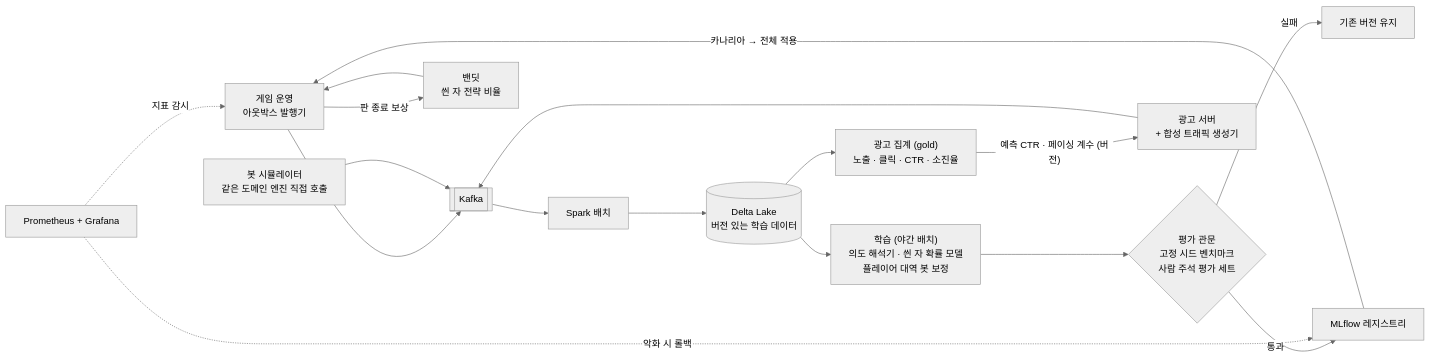
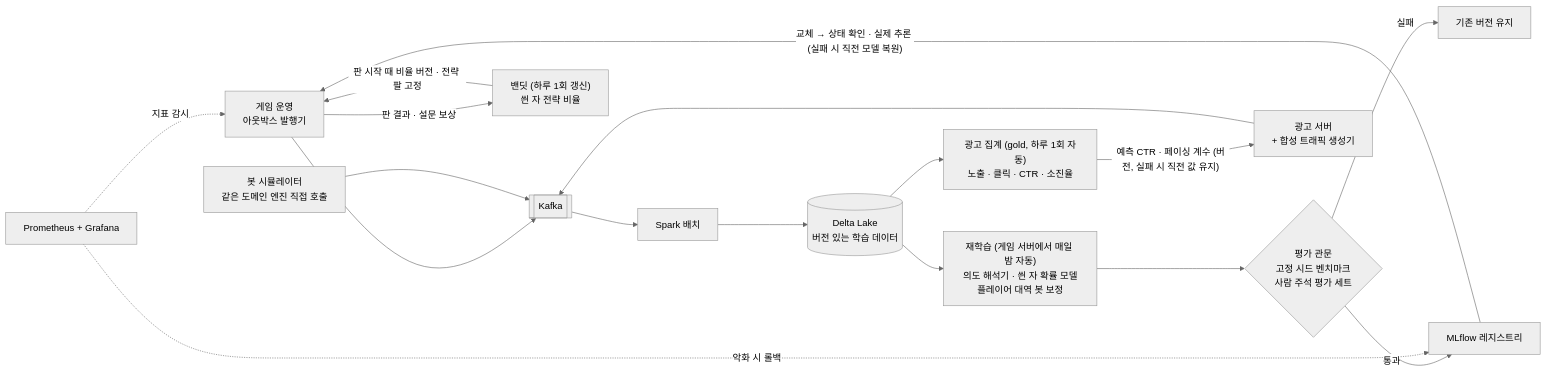
The second of 3 diagrams in docs/paldo_design_v1.md (encore-ai-campus/mlo-01-p4-team3), drawn with Mermaid (neutral theme) before and after one commit. The commit also changed other lines of this file and 2 other files, not shown here.

````diff
--- a/docs/paldo_design_v1.md
+++ b/docs/paldo_design_v1.md
@@ -365,22 +372,22 @@
 ```mermaid
 flowchart LR
   GAME["게임 운영<br/>아웃박스 발행기"] --> K[["Kafka"]]
   SIM["봇 시뮬레이터<br/>같은 도메인 엔진 직접 호출"] --> K
   K --> SP["Spark 배치"] --> DL[("Delta Lake<br/>버전 있는 학습 데이터")]
 
-  DL --> TR["학습 (야간 배치)<br/>의도 해석기 · 씐 자 확률 모델<br/>플레이어 대역 봇 보정"]
+  DL --> TR["재학습 (게임 서버에서 매일 밤 자동)<br/>의도 해석기 · 씐 자 확률 모델<br/>플레이어 대역 봇 보정"]
   TR --> GATE{"평가 관문<br/>고정 시드 벤치마크<br/>사람 주석 평가 세트"}
   GATE -->|"통과"| REG["MLflow 레지스트리"]
   GATE -->|"실패"| KEEP["기존 버전 유지"]
-  REG -->|"카나리아 → 전체 적용"| GAME
+  REG -->|"교체 → 상태 확인 · 실제 추론 (실패 시 직전 모델 복원)"| GAME
 
-  GAME -->|"판 종료 보상"| BAN["밴딧<br/>씐 자 전략 비율"]
-  BAN --> GAME
+  GAME -->|"판 결과 · 설문 보상"| BAN["밴딧 (하루 1회 갱신)<br/>씐 자 전략 비율"]
+  BAN -->|"판 시작 때 비율 버전 · 전략 팔 고정"| GAME
 
   ADSV["광고 서버<br/>+ 합성 트래픽 생성기"] --> K
-  DL --> ADAGG["광고 집계 (gold)<br/>노출 · 클릭 · CTR · 소진율"]
-  ADAGG -->|"예측 CTR · 페이싱 계수 (버전)"| ADSV
+  DL --> ADAGG["광고 집계 (gold, 하루 1회 자동)<br/>노출 · 클릭 · CTR · 소진율"]
+  ADAGG -->|"예측 CTR · 페이싱 계수 (버전, 실패 시 직전 값 유지)"| ADSV
 
   MON["Prometheus + Grafana"] -.->|"지표 감시"| GAME
   MON -.->|"악화 시 롤백"| REG
 ```
````
